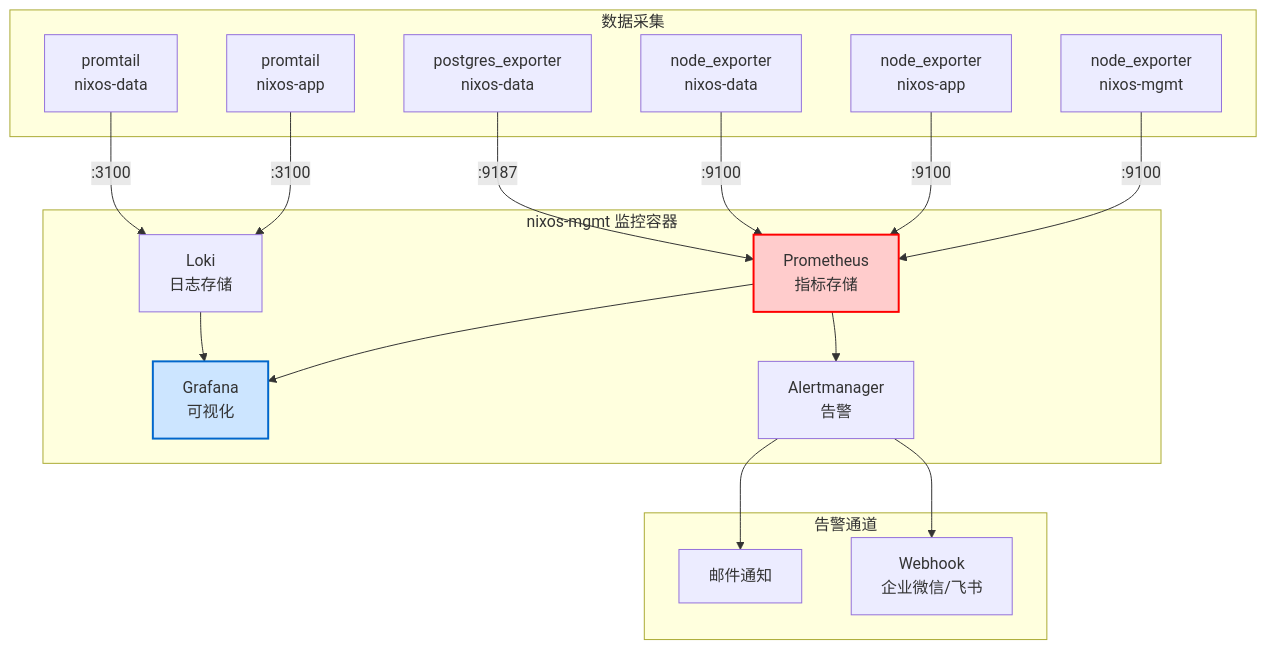
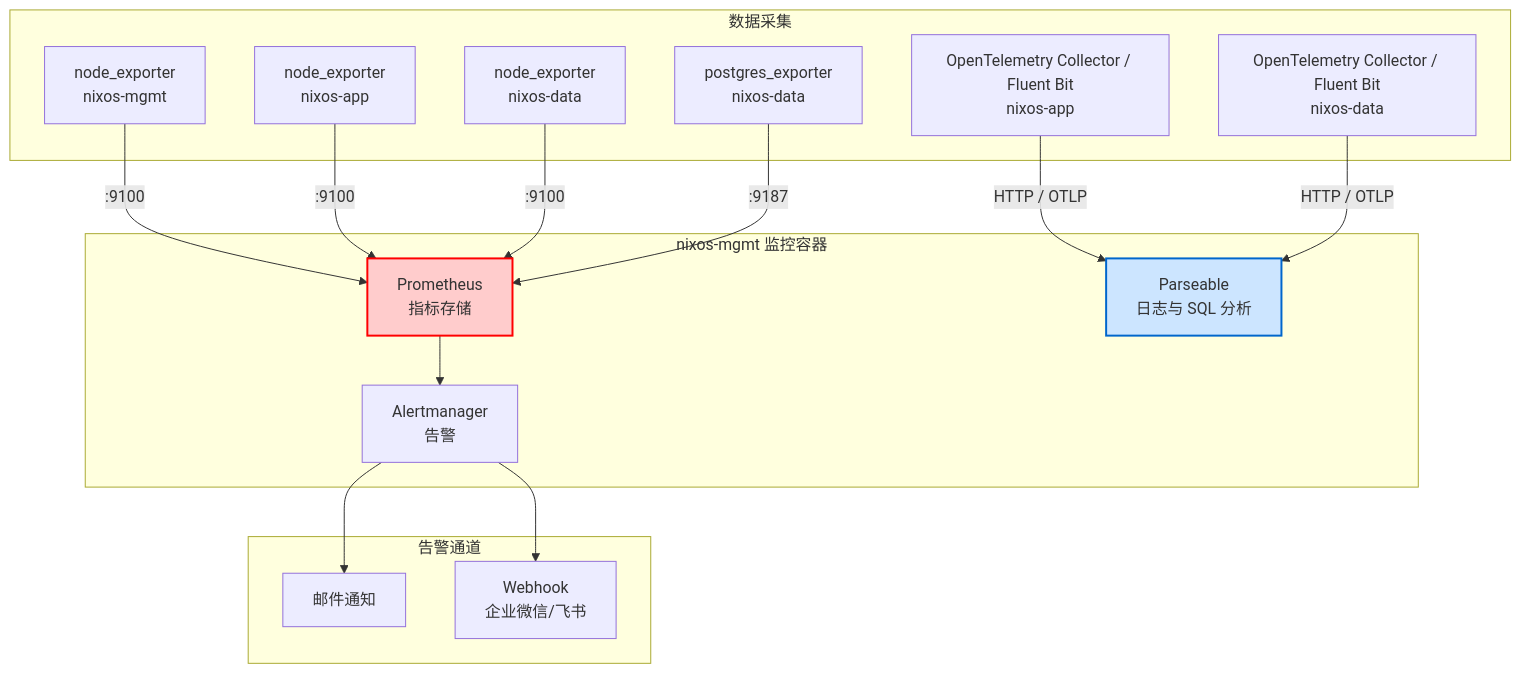
Diagram 13 of 15 in src/content/docs/nixos-datacenter-deployment.md (stars-labs/full-it-infra-design-docs), drawn with Mermaid before and after one commit. The commit also changed other lines of this file and 14 other files, not shown here.

First line of the commit message:
docs: modernize infrastructure architecture

````diff
--- a/src/content/docs/nixos-datacenter-deployment.md
+++ b/src/content/docs/nixos-datacenter-deployment.md
@@ -1518,39 +1516,36 @@
 ```mermaid
 graph TB
     subgraph "数据采集"
         NE1[node_exporter<br/>nixos-mgmt]
         NE2[node_exporter<br/>nixos-app]
         NE3[node_exporter<br/>nixos-data]
         PGE[postgres_exporter<br/>nixos-data]
-        PROMTAIL1[promtail<br/>nixos-app]
-        PROMTAIL2[promtail<br/>nixos-data]
+        LOG1[OpenTelemetry Collector / Fluent Bit<br/>nixos-app]
+        LOG2[OpenTelemetry Collector / Fluent Bit<br/>nixos-data]
     end
 
     subgraph "nixos-mgmt 监控容器"
         PROM[Prometheus<br/>指标存储]
-        LOKI[Loki<br/>日志存储]
-        GRAF[Grafana<br/>可视化]
+        PARSEABLE[Parseable<br/>日志与 SQL 分析]
         ALERT[Alertmanager<br/>告警]
     end
 
     subgraph "告警通道"
         EMAIL[邮件通知]
         WEBHOOK[Webhook<br/>企业微信/飞书]
     end
 
     NE1 -->|:9100| PROM
     NE2 -->|:9100| PROM
     NE3 -->|:9100| PROM
     PGE -->|:9187| PROM
-    PROMTAIL1 -->|:3100| LOKI
-    PROMTAIL2 -->|:3100| LOKI
+    LOG1 -->|HTTP / OTLP| PARSEABLE
+    LOG2 -->|HTTP / OTLP| PARSEABLE
 
-    PROM --> GRAF
-    LOKI --> GRAF
     PROM --> ALERT
     ALERT --> EMAIL
     ALERT --> WEBHOOK
 
     style PROM fill:#ffcccc,stroke:#ff0000,stroke-width:2px
-    style GRAF fill:#cce5ff,stroke:#0066cc,stroke-width:2px
+    style PARSEABLE fill:#cce5ff,stroke:#0066cc,stroke-width:2px
 ```
````
